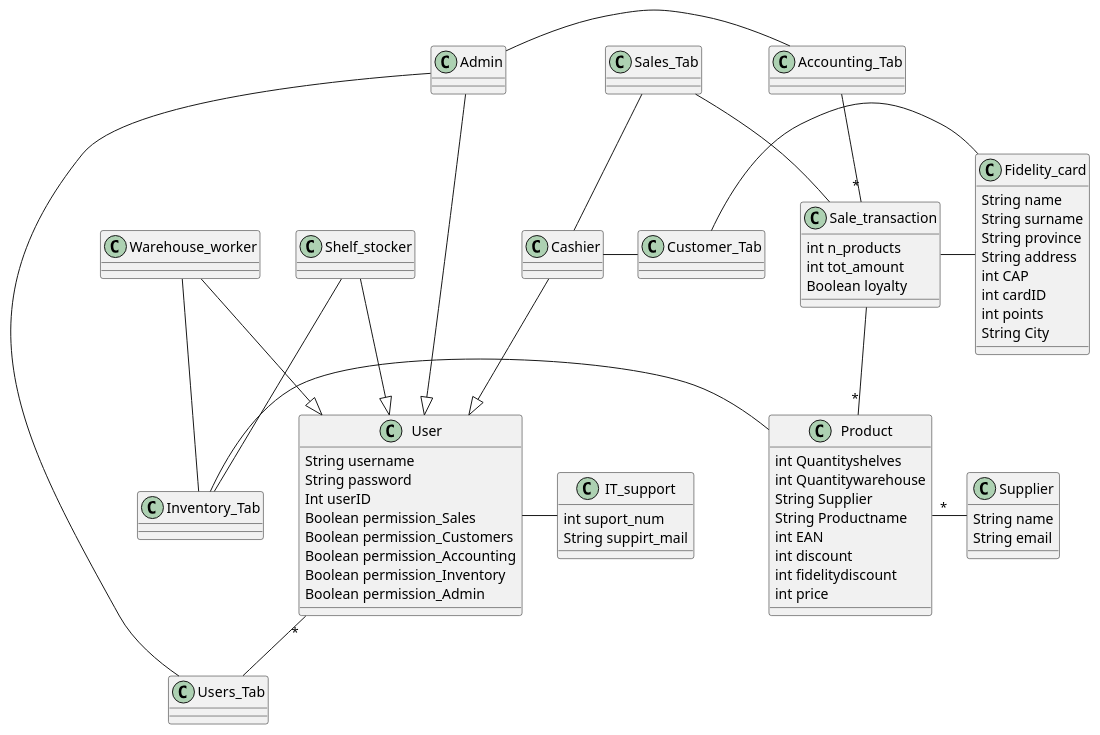
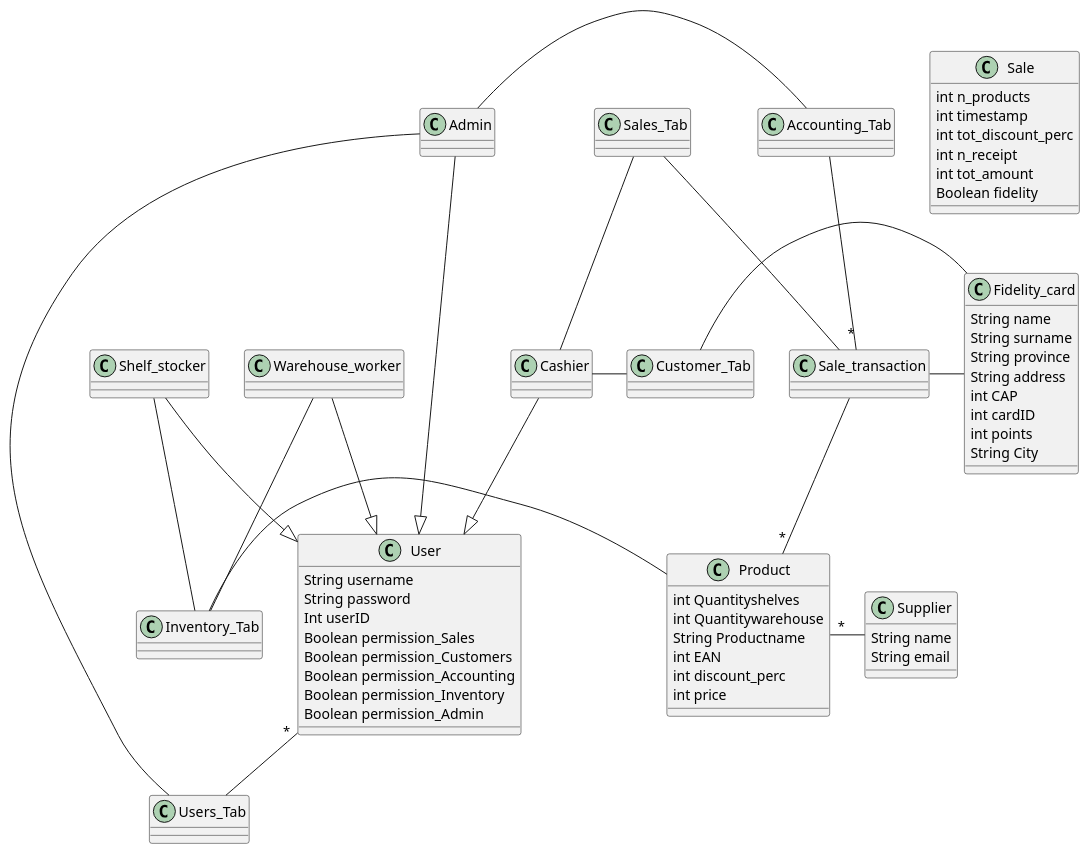
Before and after one commit to gioele-scaletta/EZShop-Software-Engineering-Project: the fourth of 5 diagrams in Deliverables/RequirementsDocument.md, drawn with PlantUML. The commit also changed other lines of this file and 3 other files, not shown here.

```diff
--- a/Deliverables/RequirementsDocument.md
+++ b/Deliverables/RequirementsDocument.md
@@ -669,10 +669,13 @@
 
 
 
-class Sale_transaction{
+class Sale{
     int n_products
+    int timestamp
+    int tot_discount_perc
+    int n_receipt
     int tot_amount
-    Boolean loyalty
+    Boolean fidelity
 
 
 }
@@ -687,11 +690,9 @@
 class Product{
     int Quantityshelves
     int Quantitywarehouse
-    String Supplier
     String Productname
     int EAN
-    int discount
-    int fidelitydiscount
+    int discount_perc
     int price
 }
 
@@ -708,10 +709,7 @@
 }
 
 
-class IT_support{
-    int suport_num
-    String suppirt_mail
-}
+
 
 
 class Sales_Tab
@@ -735,7 +733,6 @@
 Shelf_stocker -- Inventory_Tab
 Sales_Tab -- Cashier
 Sales_Tab -- Sale_transaction
-User - IT_support
 Admin - Accounting_Tab
 Accounting_Tab --"*" Sale_transaction
 
```
